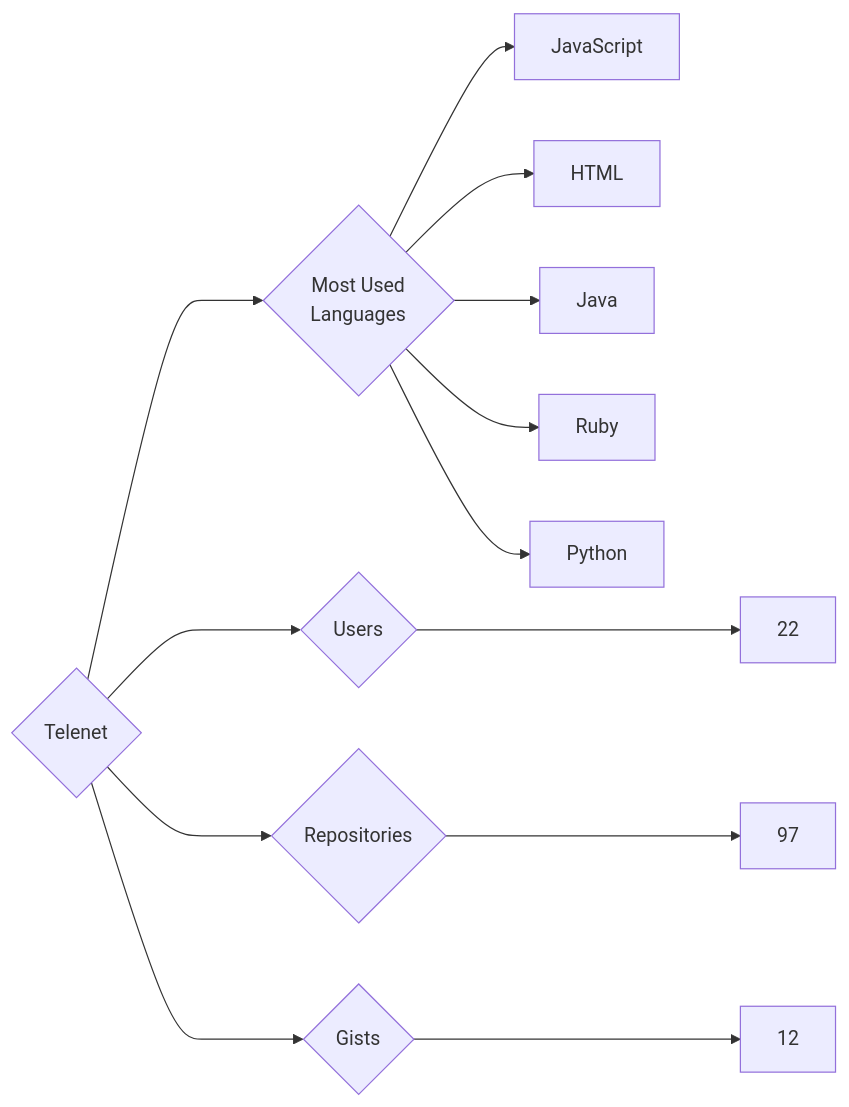
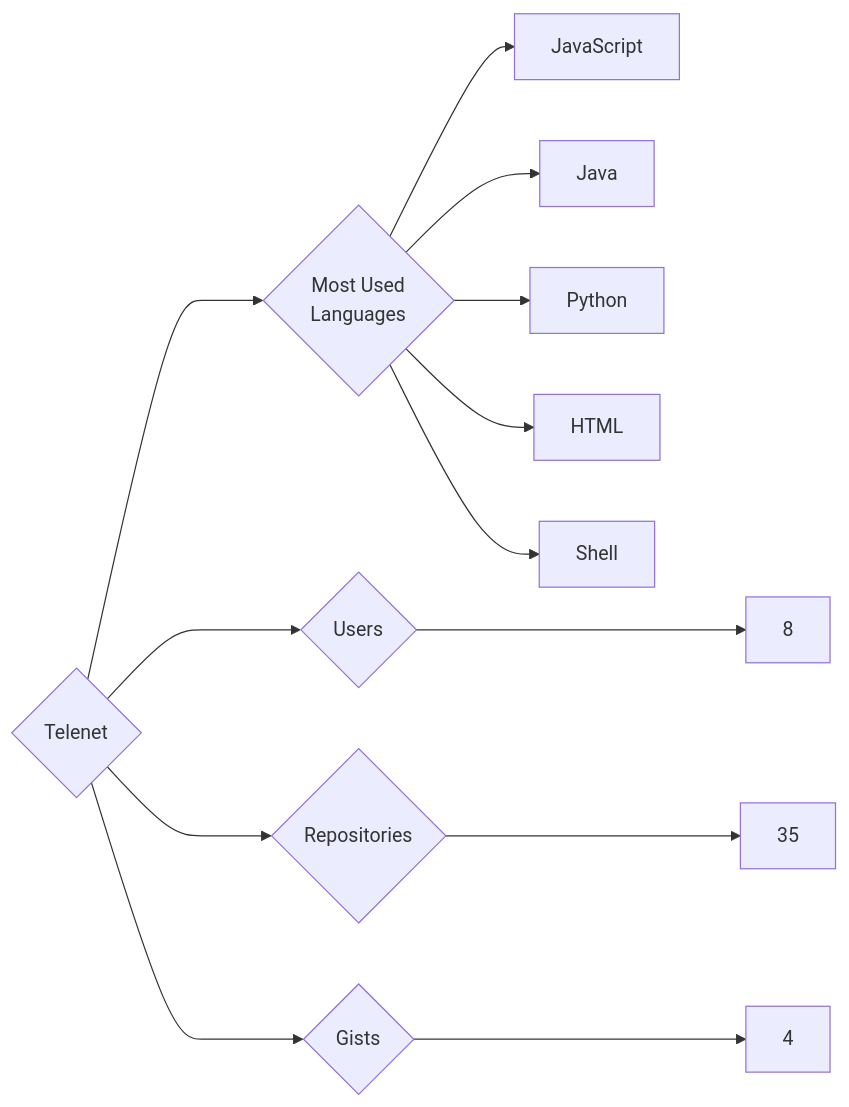
Before and after one commit to trickest/insiders: the diagram in targets/Telenet/README.md, drawn with Mermaid. The commit also changed 814 other files, not shown here.

````diff
--- a/targets/Telenet/README.md
+++ b/targets/Telenet/README.md
@@ -3,13 +3,13 @@
 ```mermaid
 graph LR
 COMPANY_NAME{Telenet}
-COMPANY_NAME ---> U{Users} ---> UN[22]
-COMPANY_NAME ---> R{Repositories} ---> RN[97]
-COMPANY_NAME ---> G{Gists} ---> GN[12]
+COMPANY_NAME ---> U{Users} ---> UN[8]
+COMPANY_NAME ---> R{Repositories} ---> RN[35]
+COMPANY_NAME ---> G{Gists} ---> GN[4]
 COMPANY_NAME ---> ML{Most Used<br>Languages}
 ML --> JavaScript[JavaScript]
+ML --> Java[Java]
+ML --> Python[Python]
 ML --> HTML[HTML]
-ML --> Java[Java]
-ML --> Ruby[Ruby]
-ML --> Python[Python]
+ML --> Shell[Shell]
 ```
````
